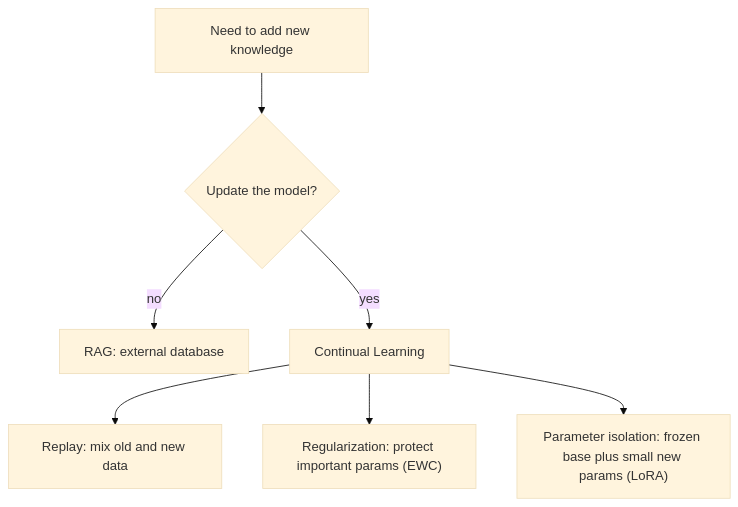
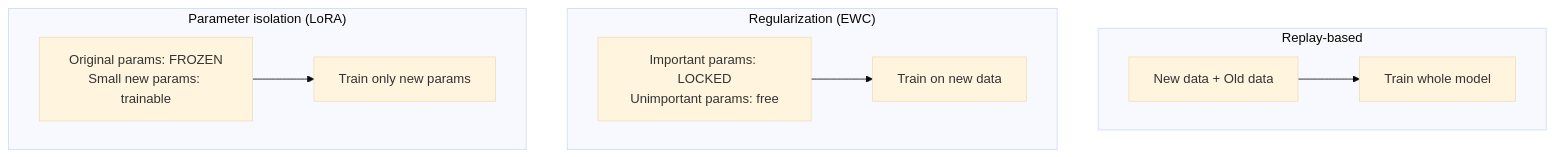
One commit to kaisarnajar/outcome-school-blogs changed the first of 2 diagrams in notes/step-07-training-fine-tuning-and-alignment/087-continual-learning-in-llms.md. Above: the diagram before and after it, drawn with Mermaid (base theme). The commit also changed other lines of this file and 233 other files, not shown here.

````diff
--- a/notes/step-07-training-fine-tuning-and-alignment/087-continual-learning-in-llms.md
+++ b/notes/step-07-training-fine-tuning-and-alignment/087-continual-learning-in-llms.md
@@ -42,9 +60,12 @@
 ```mermaid
 flowchart TD
-    A["Need to add new knowledge"] --> B{"Update the model?"}
-    B -->|"no"| R["RAG: external database"]
-    B -->|"yes"| C["Continual Learning"]
-    C --> D["Replay: mix old and new data"]
-    C --> E["Regularization: protect important params (EWC)"]
-    C --> F["Parameter isolation: frozen base plus small new params (LoRA)"]
+    subgraph R1["Replay-based"]
+        a1["New data + Old data"] --> a2["Train whole model"]
+    end
+    subgraph R2["Regularization (EWC)"]
+        b1["Important params: LOCKED<br/>Unimportant params: free"] --> b2["Train on new data"]
+    end
+    subgraph R3["Parameter isolation (LoRA)"]
+        c1["Original params: FROZEN<br/>Small new params: trainable"] --> c2["Train only new params"]
+    end
 ```
````
